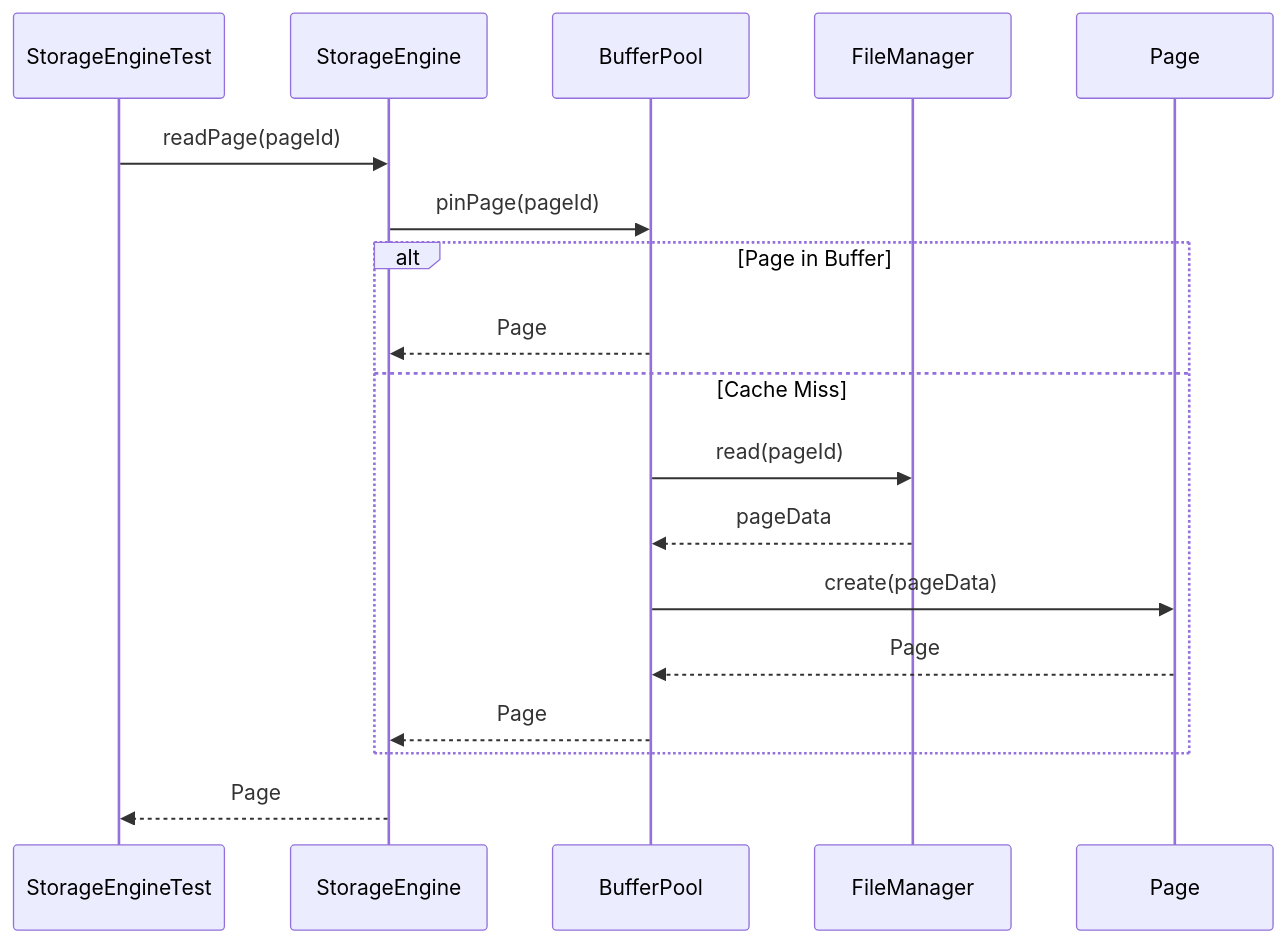
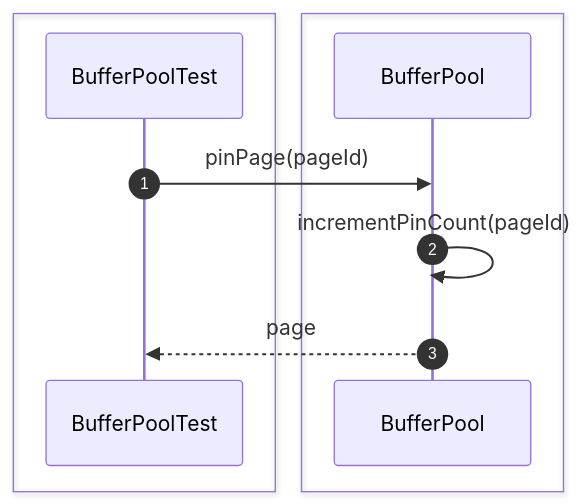
Before and after one commit to Huy1801214/dbms-architecture: the first of 52 diagrams in src/sequence/storage-engine.md, drawn with Mermaid. The commit also changed other lines of this file and 10 other files, not shown here.

Commit message:
add comprehensive sequence diagrams and documentation for system architecture and unit testing specifications

````diff
--- a/src/sequence/storage-engine.md
+++ b/src/sequence/storage-engine.md
@@ -6,23 +6,15 @@
 ```mermaid
 sequenceDiagram
-    participant Test as StorageEngineTest
-    participant Engine as StorageEngine
+    autonumber
+
+    box #e1f5fe Test Suite
+    participant Test as BufferPoolTest
+    end
+    box #e0f2f1 Storage Components
     participant Buffer as BufferPool
-    participant File as FileManager
-    participant Page
-
-    Test->>Engine: readPage(pageId)
-    Engine->>Buffer: pinPage(pageId)
-
-    alt Page in Buffer
-        Buffer-->>Engine: Page
-    else Cache Miss
-        Buffer->>File: read(pageId)
-        File-->>Buffer: pageData
-        Buffer->>Page: create(pageData)
-        Page-->>Buffer: Page
-        Buffer-->>Engine: Page
     end
 
-    Engine-->>Test: Page
-``` 
+    Test->>Buffer: pinPage(pageId)
+    Buffer->>Buffer: incrementPinCount(pageId)
+    Buffer-->>Test: page
+```
````
